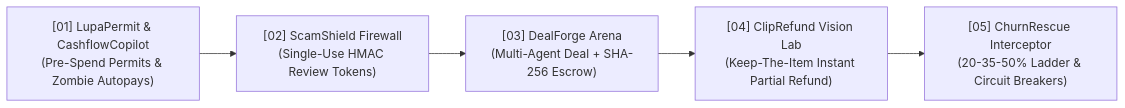
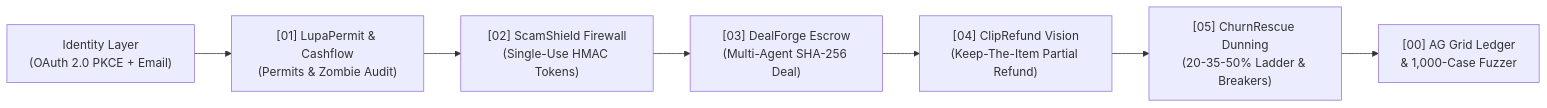
Before and after one commit to A-P-S-Bhaidav/PayPal_Hackathon: the diagram in README.md, drawn with Mermaid. The commit also changed other lines of this file and 7 other files, not shown here.

Commit message:
Add executive landing page, OAuth 2.0 + Email auth, restrained institutional console theme, and SVG banner README

````diff
--- a/README.md
+++ b/README.md
@@ -23,10 +67,9 @@
 ```mermaid
 flowchart LR
-    S1["[01] LupaPermit & CashflowCopilot\n(Pre-Spend Permits & Zombie Autopays)"]
-    S2["[02] ScamShield Firewall\n(Single-Use HMAC Review Tokens)"]
-    S3["[03] DealForge Arena\n(Multi-Agent Deal + SHA-256 Escrow)"]
-    S4["[04] ClipRefund Vision Lab\n(Keep-The-Item Instant Partial Refund)"]
-    S5["[05] ChurnRescue Interceptor\n(20-35-50% Ladder & Circuit Breakers)"]
-
-    S1 --> S2 --> S3 --> S4 --> S5
+    AUTH["Identity Layer\n(OAuth 2.0 PKCE + Email)"] --> S1
+    S1["[01] LupaPermit & Cashflow\n(Permits & Zombie Audit)"] --> S2
+    S2["[02] ScamShield Firewall\n(Single-Use HMAC Tokens)"] --> S3
+    S3["[03] DealForge Escrow\n(Multi-Agent SHA-256 Deal)"] --> S4
+    S4["[04] ClipRefund Vision\n(Keep-The-Item Partial Refund)"] --> S5
+    S5["[05] ChurnRescue Dunning\n(20-35-50% Ladder & Breakers)"] --> AUDIT["[00] AG Grid Ledger\n& 1,000-Case Fuzzer"]
 ```
````
